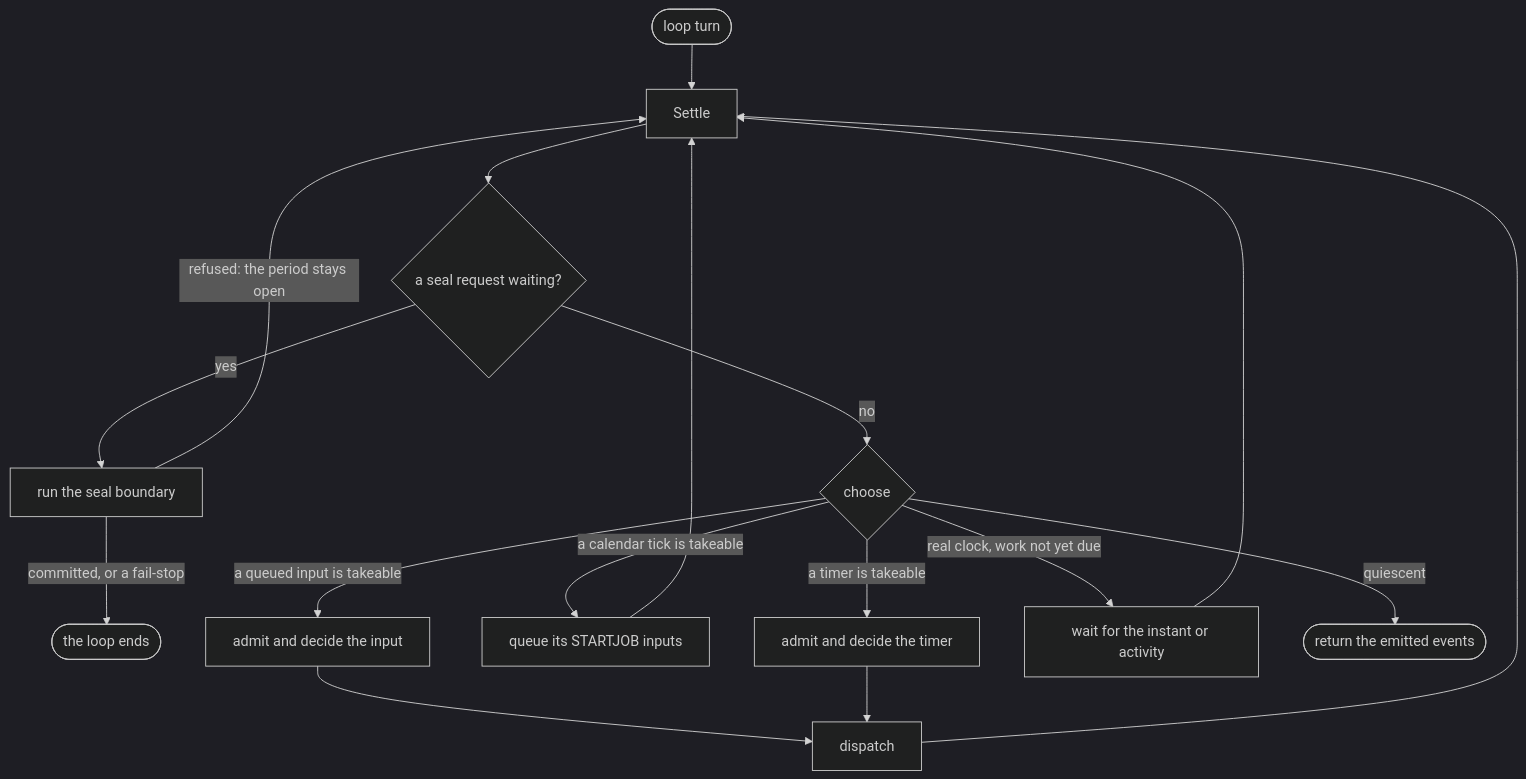
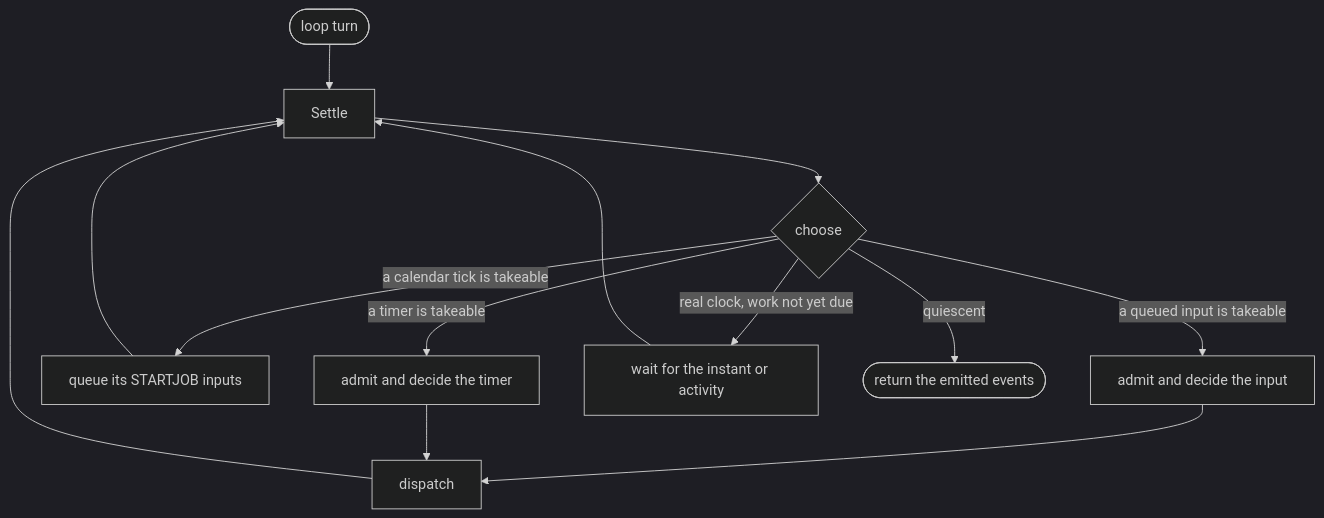
One commit to mrbald/dsl41 changed the diagram in docs/blocks/engine-loop.md. Above: the diagram before and after it, drawn with Mermaid (dark theme). The commit also changed other lines of this file and 99 other files, not shown here.

````diff
--- a/docs/blocks/engine-loop.md
+++ b/docs/blocks/engine-loop.md
@@ -34,19 +33,15 @@
 ```mermaid
 flowchart TD
     turn(["loop turn"]) --> settle["Settle"]
-    settle --> sealq{"a seal request waiting?"}
-    sealq -->|"yes"| boundary["run the seal boundary"]
-    boundary -->|"refused: the period stays open"| settle
-    boundary -->|"committed, or a fail-stop"| ends(["the loop ends"])
-    sealq -->|"no"| choose{"choose"}
+    settle --> choose{"choose"}
     choose -->|"a queued input is takeable"| input["admit and decide the input"]
     choose -->|"a calendar tick is takeable"| tick["queue its STARTJOB inputs"]
     choose -->|"a timer is takeable"| timer["admit and decide the timer"]
     choose -->|"real clock, work not yet due"| wait["wait for the instant or activity"]
     choose -->|"quiescent"| quiet(["return the emitted events"])
     input --> dispatch["dispatch"]
     timer --> dispatch
     dispatch --> settle
     tick --> settle
     wait --> settle
 ```
````
